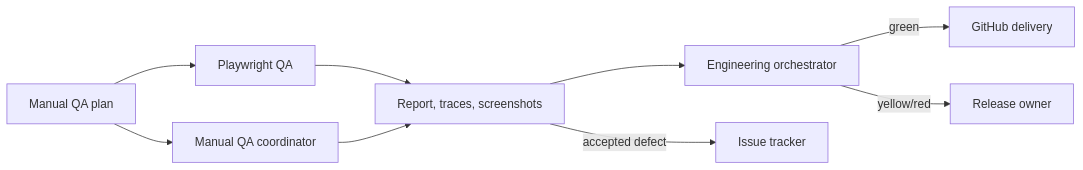
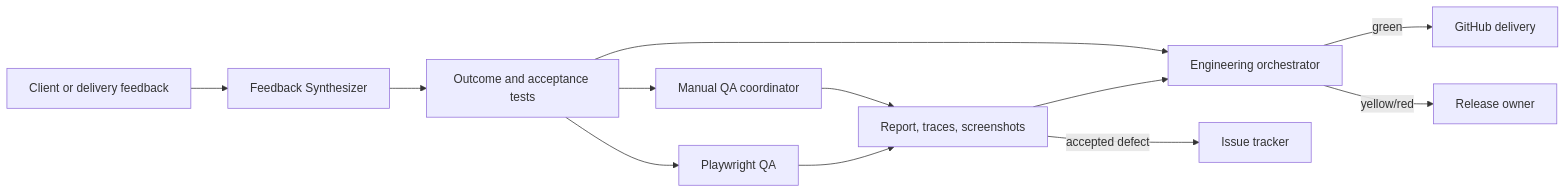
One commit to jonly03/randr changed the diagram in project/turnkey_workspace.md. Above: the diagram before and after it, drawn with Mermaid. The commit also changed other lines of this file and 16 other files, not shown here.

Commit message:
[RR-026] Add live delivery control and feedback loop

````diff
--- a/project/turnkey_workspace.md
+++ b/project/turnkey_workspace.md
@@ -21,11 +22,14 @@
 ```mermaid
 flowchart LR
   Plan[Manual QA plan] --> PQA[Playwright QA]
   Plan --> MQA[Manual QA coordinator]
   PQA --> Evidence[Report, traces, screenshots]
   MQA --> Evidence
   Evidence --> Lead[Engineering orchestrator]
   Lead -->|green| Delivery[GitHub delivery]
   Lead -->|yellow/red| Owner[Release owner]
   Evidence -->|accepted defect| Issues[Issue tracker]
+  Client[Client or delivery feedback] --> Synth[Feedback Synthesizer]
+  Synth --> Plan[Outcome and acceptance tests]
+  Plan --> Lead
 ```
````
